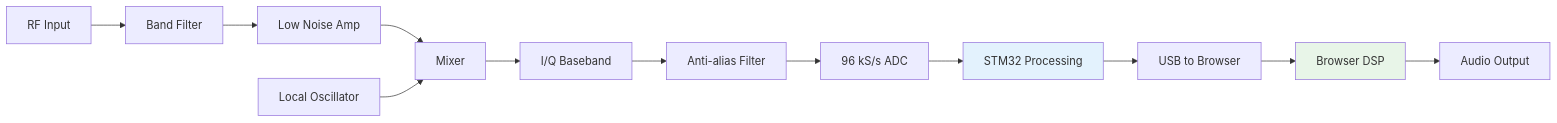
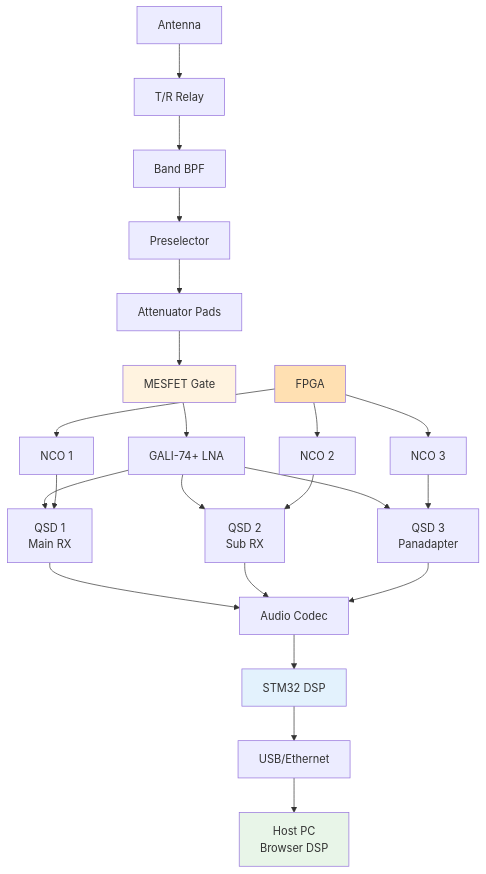
One commit to alanmimms/nexrig changed the third of 4 diagrams in doc/ARCHITECTURE.md. Above: the diagram before and after it, drawn with Mermaid. The commit also changed other lines of this file and 16 other files, not shown here.

Commit message:
Working on QSD, PGA, audio codec input path

````diff
--- a/doc/ARCHITECTURE.md
+++ b/doc/ARCHITECTURE.md
@@ -126,17 +168,34 @@
 ```mermaid
-graph LR
-    A[RF Input] --> B[Band Filter]
-    B --> C[Low Noise Amp]
-    C --> D[Mixer]
-    E[Local Oscillator] --> D
-    D --> F[I/Q Baseband]
-    F --> G[Anti-alias Filter]
-    G --> H[96 kS/s ADC]
-    H --> I[STM32 Processing]
-    I --> J[USB to Browser]
-    J --> K[Browser DSP]
-    K --> L[Audio Output]
+graph TB
+    A[Antenna] --> B[T/R Relay]
+    B --> C[Band BPF]
+    C --> D[Preselector]
+    D --> E[Attenuator Pads]
+    E --> F[MESFET Gate]
+    F --> G[GALI-74+ LNA]
     
-    style I fill:#e3f2fd
-    style K fill:#e8f5e8
+    G --> H1[QSD 1<br/>Main RX]
+    G --> H2[QSD 2<br/>Sub RX]
+    G --> H3[QSD 3<br/>Panadapter]
+    
+    I[FPGA] --> J1[NCO 1]
+    I --> J2[NCO 2]
+    I --> J3[NCO 3]
+    
+    J1 --> H1
+    J2 --> H2
+    J3 --> H3
+    
+    H1 --> K[Audio Codec]
+    H2 --> K
+    H3 --> K
+    
+    K --> L[STM32 DSP]
+    L --> M[USB/Ethernet]
+    M --> N[Host PC<br/>Browser DSP]
+    
+    style F fill:#fff3e0
+    style I fill:#ffe0b2
+    style L fill:#e3f2fd
+    style N fill:#e8f5e8
 ```
````
